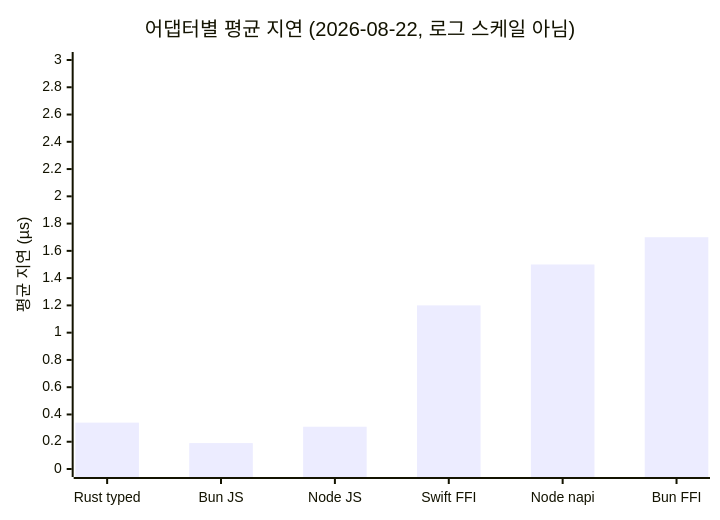
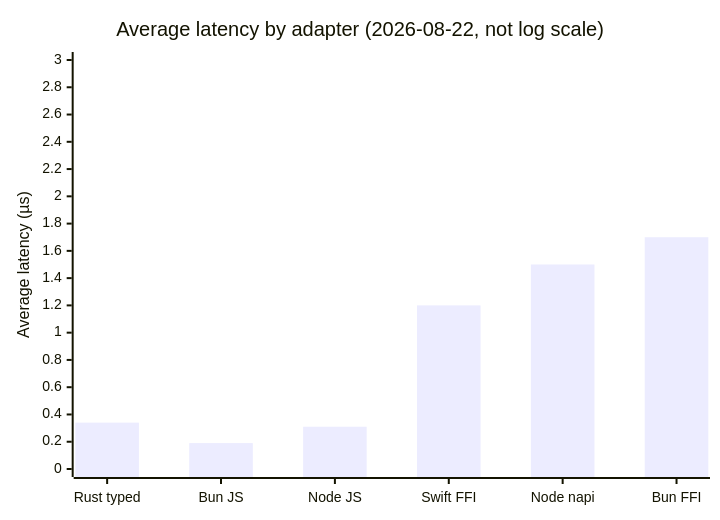
Before and after one commit to loopy-lim/rustra: the second of 2 diagrams in docs/benchmarks.md, drawn with Mermaid. The commit also changed other lines of this file and 214 other files, not shown here.

````diff
--- a/docs/benchmarks.md
+++ b/docs/benchmarks.md
@@ -281,7 +293,7 @@
 ```mermaid
 xychart-beta
-    title "어댑터별 평균 지연 (2026-08-22, 로그 스케일 아님)"
+    title "Average latency by adapter (2026-08-22, not log scale)"
     x-axis ["Rust typed", "Bun JS", "Node JS", "Swift FFI", "Node napi", "Bun FFI"]
-    y-axis "평균 지연 (µs)" 0 --> 3
+    y-axis "Average latency (µs)" 0 --> 3
     bar [0.34, 0.19, 0.31, 1.2, 1.5, 1.7]
 ```
````
